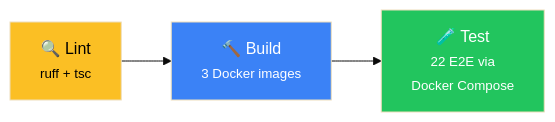
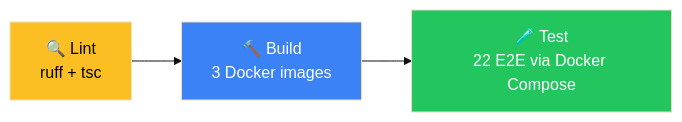
One commit to osisdie/your-trip-crew changed the sixth of 6 diagrams in README.md. Above: the diagram before and after it, drawn with Mermaid (base theme).

````diff
--- a/README.md
+++ b/README.md
@@ -435,12 +435,12 @@
 ```mermaid
 graph LR
-    Lint["🔍 Lint<br/><small>ruff + tsc</small>"]
-    Build["🔨 Build<br/><small>3 Docker images</small>"]
-    Test["🧪 Test<br/><small>22 E2E via<br/>Docker Compose</small>"]
+    Lint["🔍 Lint<br/>ruff + tsc"]
+    Build["🔨 Build<br/>3 Docker images"]
+    Test["🧪 Test<br/>22 E2E via Docker Compose"]
 
     Lint --> Build --> Test
 
     style Lint fill:#fbbf24,color:#000
     style Build fill:#3b82f6,color:#fff
     style Test fill:#22c55e,color:#fff
 ```
````
